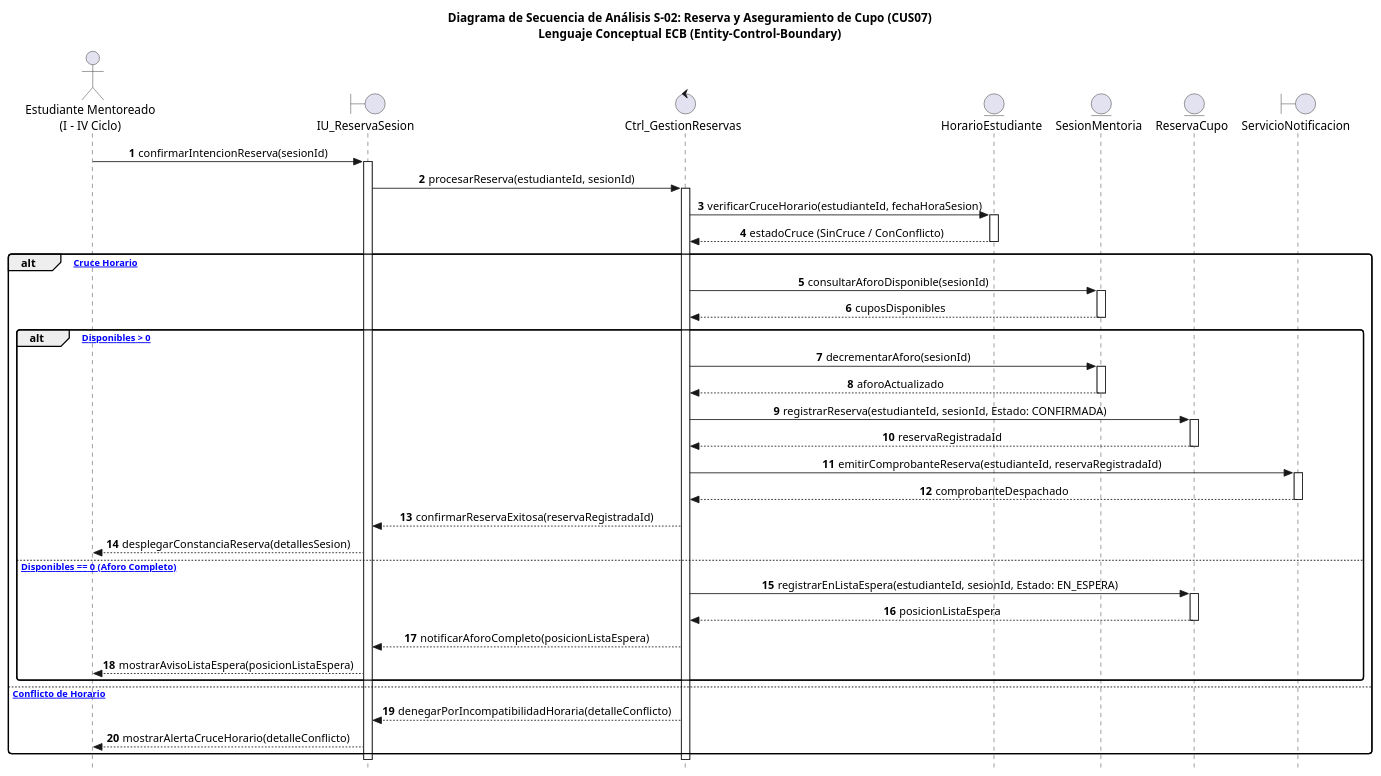
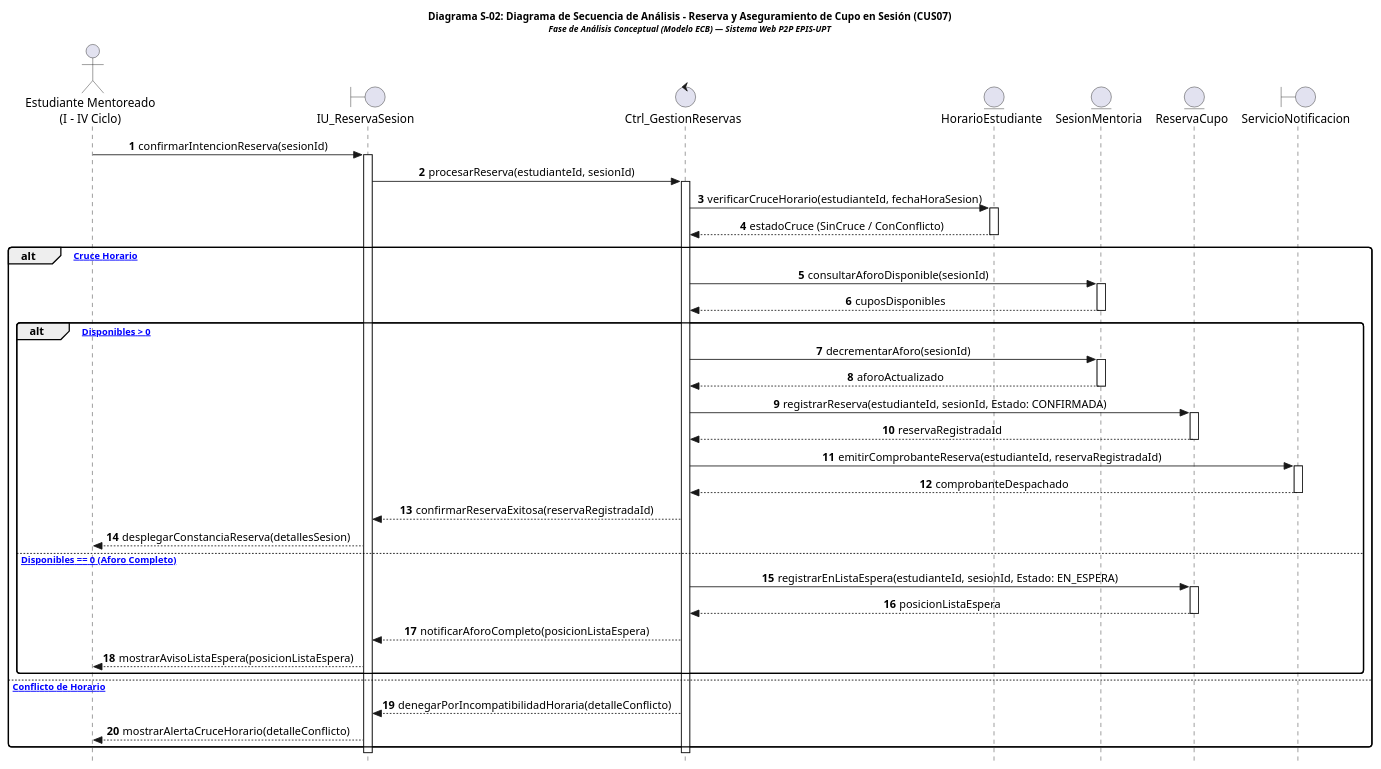
Before and after one commit to JMedina255/sistema_web_p2p: the second of 4 diagrams in docs/diagramas_secuencia_pruebas.md, drawn with PlantUML. The commit also changed other lines of this file and 3 other files, not shown here.

Commit message:
docs: refactorizar diagramas_de_secuencia.md con estandar formal SAD de analisis ECB y titulos explictos en PlantUML

````diff
--- a/docs/diagramas_secuencia_pruebas.md
+++ b/docs/diagramas_secuencia_pruebas.md
@@ -123,77 +123,77 @@
 ```plantuml
 @startuml
-title Diagrama de Secuencia de Análisis S-02: Reserva y Aseguramiento de Cupo (CUS07)\nLenguaje Conceptual ECB (Entity-Control-Boundary)
+title <size:12><b>Diagrama S-02: Diagrama de Secuencia de Análisis - Reserva y Aseguramiento de Cupo en Sesión (CUS07)</b></size>\n<size:10><i>Fase de Análisis Conceptual (Modelo ECB) — Sistema Web P2P EPIS-UPT</i></size>
 
 autonumber
 skinparam style strictuml
 skinparam shadowing false
 skinparam roundcorner 8
 skinparam defaultFontName Arial
 skinparam fontSize 10
 skinparam sequenceMessageAlign center
 skinparam responseMessageBelowArrow true
 
 actor "Estudiante Mentoreado\n(I - IV Ciclo)" as Alumno
 boundary "IU_ReservaSesion" as IU_Res
 control "Ctrl_GestionReservas" as Ctrl_Res
 entity "HorarioEstudiante" as Ent_Horario
 entity "SesionMentoria" as Ent_Sesion
 entity "ReservaCupo" as Ent_Reserva
 boundary "ServicioNotificacion" as Srv_Notif
 
 Alumno -> IU_Res : confirmarIntencionReserva(sesionId)
 activate IU_Res
 
 IU_Res -> Ctrl_Res : procesarReserva(estudianteId, sesionId)
 activate Ctrl_Res
 
 Ctrl_Res -> Ent_Horario : verificarCruceHorario(estudianteId, fechaHoraSesion)
 activate Ent_Horario
 Ent_Horario --> Ctrl_Res : estadoCruce (SinCruce / ConConflicto)
 deactivate Ent_Horario
 
 alt [Sin Cruce Horario]
     Ctrl_Res -> Ent_Sesion : consultarAforoDisponible(sesionId)
     activate Ent_Sesion
     Ent_Sesion --> Ctrl_Res : cuposDisponibles
     deactivate Ent_Sesion
 
     alt [Cupos Disponibles > 0]
         Ctrl_Res -> Ent_Sesion : decrementarAforo(sesionId)
         activate Ent_Sesion
         Ent_Sesion --> Ctrl_Res : aforoActualizado
         deactivate Ent_Sesion
 
         Ctrl_Res -> Ent_Reserva : registrarReserva(estudianteId, sesionId, Estado: CONFIRMADA)
         activate Ent_Reserva
         Ent_Reserva --> Ctrl_Res : reservaRegistradaId
         deactivate Ent_Reserva
 
         Ctrl_Res -> Srv_Notif : emitirComprobanteReserva(estudianteId, reservaRegistradaId)
         activate Srv_Notif
         Srv_Notif --> Ctrl_Res : comprobanteDespachado
         deactivate Srv_Notif
 
         Ctrl_Res --> IU_Res : confirmarReservaExitosa(reservaRegistradaId)
         IU_Res --> Alumno : desplegarConstanciaReserva(detallesSesion)
 
     else [Cupos Disponibles == 0 (Aforo Completo)]
         Ctrl_Res -> Ent_Reserva : registrarEnListaEspera(estudianteId, sesionId, Estado: EN_ESPERA)
         activate Ent_Reserva
         Ent_Reserva --> Ctrl_Res : posicionListaEspera
         deactivate Ent_Reserva
 
         Ctrl_Res --> IU_Res : notificarAforoCompleto(posicionListaEspera)
         IU_Res --> Alumno : mostrarAvisoListaEspera(posicionListaEspera)
     end
 
 else [Con Conflicto de Horario]
     Ctrl_Res --> IU_Res : denegarPorIncompatibilidadHoraria(detalleConflicto)
     IU_Res --> Alumno : mostrarAlertaCruceHorario(detalleConflicto)
 end
 
 deactivate Ctrl_Res
 deactivate IU_Res
 
 @enduml
 ```
````
